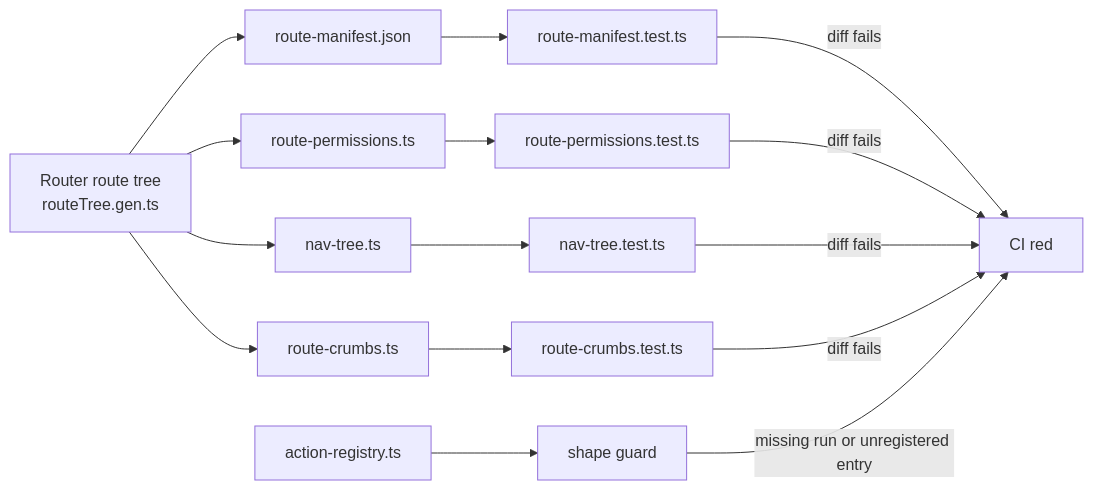
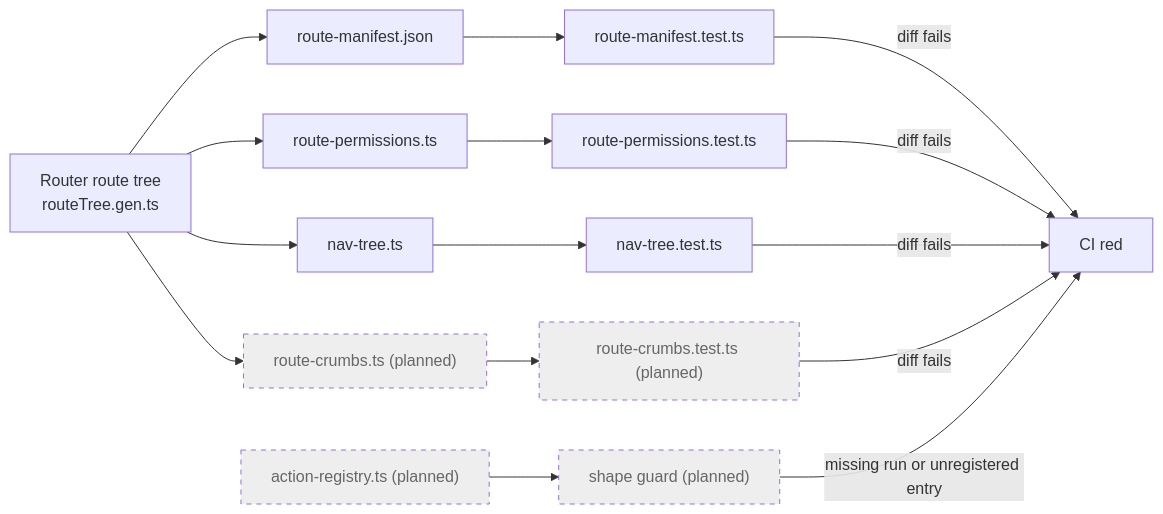
One commit to tareq89/biddaloy changed the ninth of 9 diagrams in docs/architecture/06-frontend-architecture.md. Above: the diagram before and after it, drawn with Mermaid. The commit also changed other lines of this file, not shown here.

Commit message:
docs: hedge planned registries in mermaid diagram, fix PushSubscription example
Mermaid diagram for the registry-family section styled route-crumbs.ts,
route-crumbs.test.ts, action-registry.ts and its shape guard identically
to already-shipped nodes even though they're not yet merged (PR #873,
Epic 30.4.2). Add "(planned)" labels and a dashed classDef so the
diagram matches the hedging already in the table below it.

Also swap the entity-coverage failure-message example off
PushSubscription — it's already listed in ENTITY_COVERAGE_EXEMPT
(entity-coverage.ts:55), so it can never trip that guard. Use a
hypothetical NewFeatureLog entity instead.

````diff
--- a/docs/architecture/06-frontend-architecture.md
+++ b/docs/architecture/06-frontend-architecture.md
@@ -607,17 +607,20 @@
 ```mermaid
 flowchart LR
     R[Router route tree<br/>routeTree.gen.ts] --> M[route-manifest.json]
     R --> P[route-permissions.ts]
     R --> N[nav-tree.ts]
-    R --> C[route-crumbs.ts]
+    R --> C["route-crumbs.ts (planned)"]
     M --> GM[route-manifest.test.ts]
     P --> GP[route-permissions.test.ts]
     N --> GN[nav-tree.test.ts]
-    C --> GC[route-crumbs.test.ts]
+    C --> GC["route-crumbs.test.ts (planned)"]
     GM -->|diff fails| CI[CI red]
     GP -->|diff fails| CI
     GN -->|diff fails| CI
     GC -->|diff fails| CI
-    A[action-registry.ts] --> GA[shape guard]
+    A["action-registry.ts (planned)"] --> GA["shape guard (planned)"]
     GA -->|missing run or unregistered entry| CI
+
+    classDef planned stroke-dasharray: 5 5,fill:#eee,color:#666
+    class C,GC,A,GA planned
 ```
````
